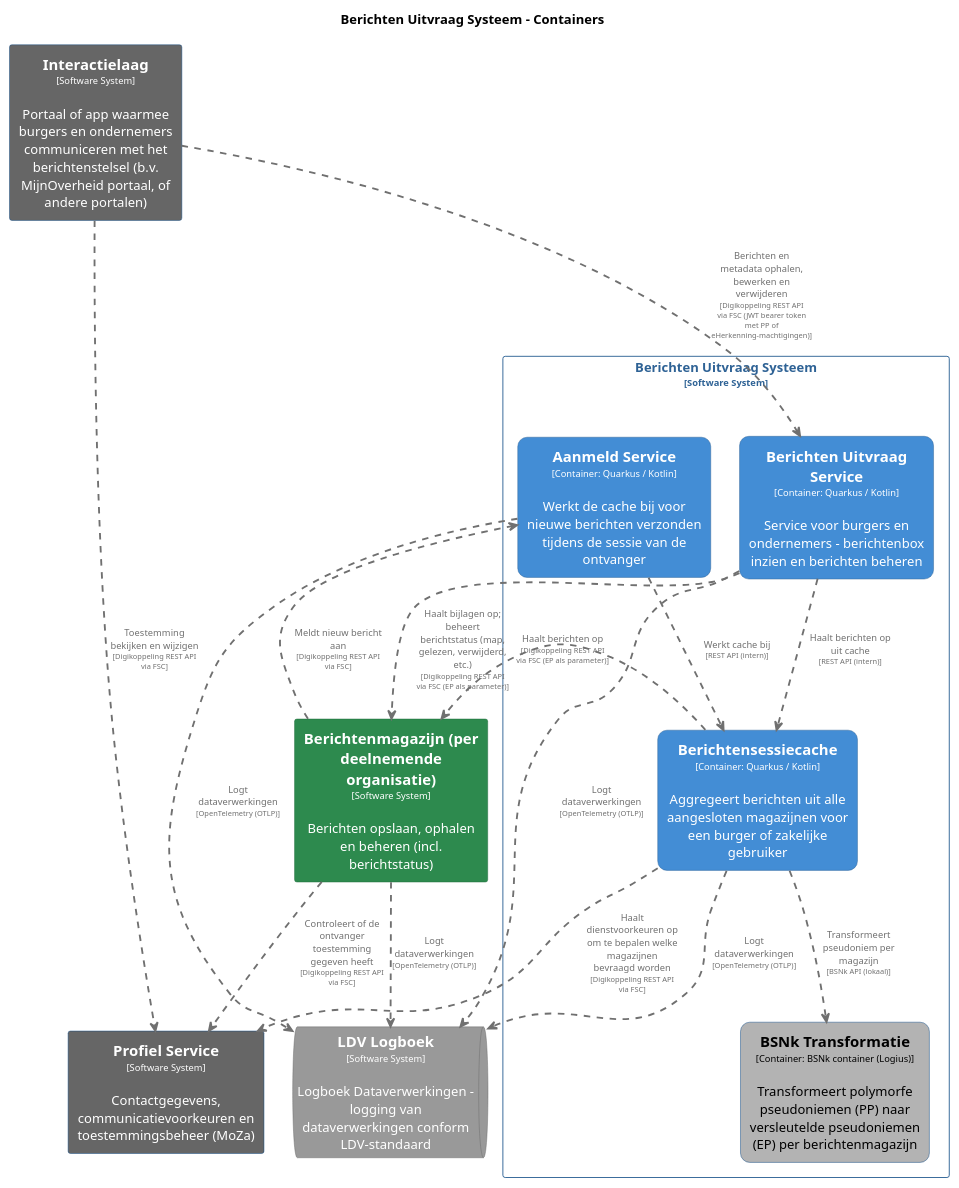
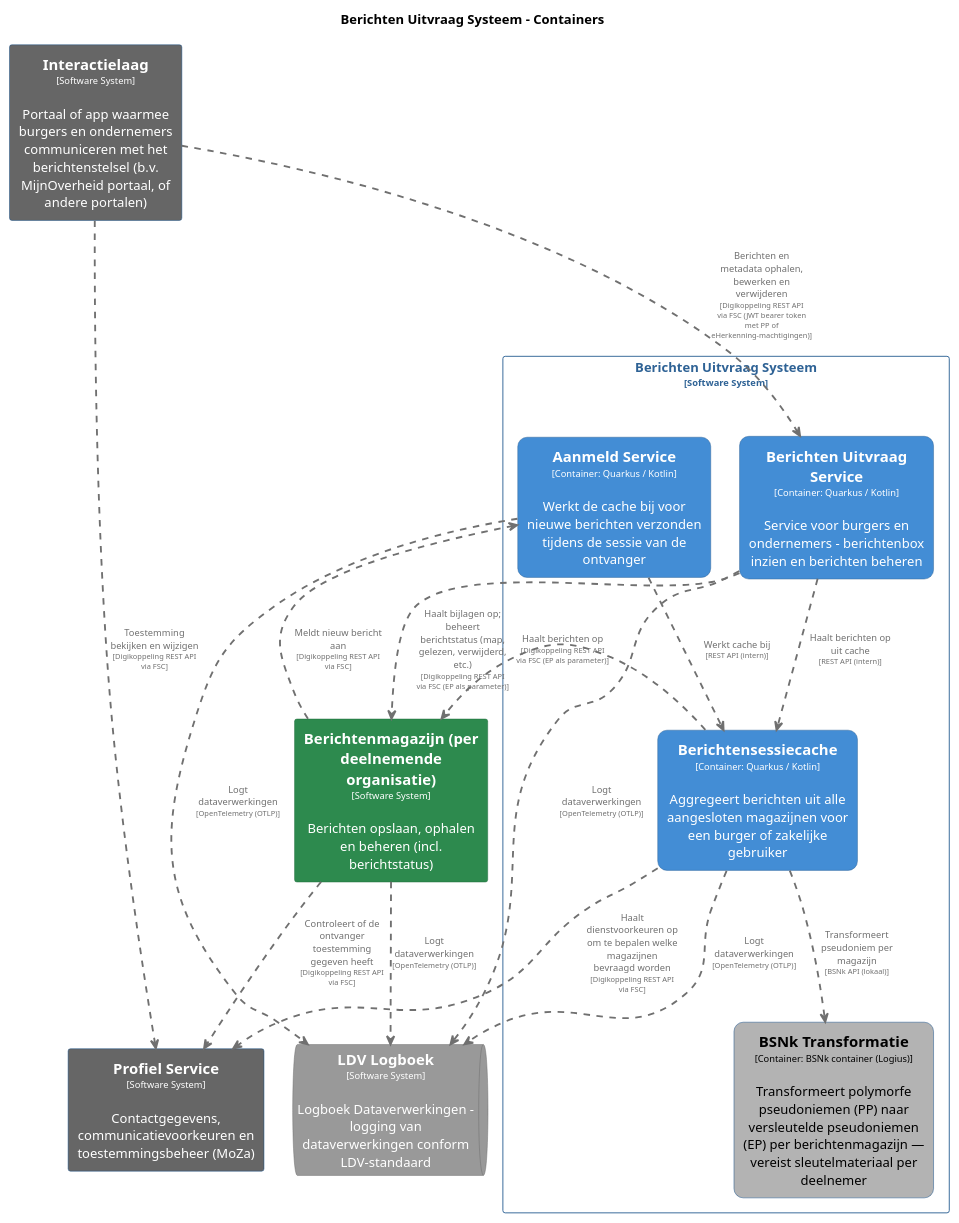
One commit to MinBZK/moza-poc-fbs-berichtenbox changed the diagram in pr-preview/pr-22/master/puml/BerichtenUitvraagSysteemContainers.puml. Above: the diagram before and after it, drawn with PlantUML. The commit also changed 17 other files, not shown here.

```diff
--- a/pr-preview/pr-22/master/puml/BerichtenUitvraagSysteemContainers.puml
+++ b/pr-preview/pr-22/master/puml/BerichtenUitvraagSysteemContainers.puml
@@ -1,102 +1,102 @@
 @startuml
 set separator none
 title Berichten Uitvraag Systeem - Containers
 
 top to bottom direction
 skinparam ranksep 60
 skinparam nodesep 30
 
 skinparam {
   arrowFontSize 10
   defaultTextAlignment center
   wrapWidth 200
   maxMessageSize 100
 }
 
 hide stereotype
 
 skinparam rectangle<<BerichtenUitvraagSysteem.AanmeldService>> {
   BackgroundColor #438dd5
   FontColor #ffffff
   BorderColor #2e6295
   roundCorner 20
   shadowing false
 }
 skinparam rectangle<<BerichtenUitvraagSysteem.BSNkTransformatie>> {
   BackgroundColor #b3b3b3
   FontColor #000000
   BorderColor #0b4884
   roundCorner 20
   shadowing false
 }
 skinparam rectangle<<BerichtenUitvraagSysteem.BerichtenUitvraagService>> {
   BackgroundColor #438dd5
   FontColor #ffffff
   BorderColor #2e6295
   roundCorner 20
   shadowing false
 }
 skinparam rectangle<<Berichtenmagazijnperdeelnemendeorganisatie>> {
   BackgroundColor #2d8a4e
   FontColor #ffffff
   BorderColor #1e6b38
   shadowing false
 }
 skinparam rectangle<<BerichtenUitvraagSysteem.Berichtensessiecache>> {
   BackgroundColor #438dd5
   FontColor #ffffff
   BorderColor #2e6295
   roundCorner 20
   shadowing false
 }
 skinparam rectangle<<Interactielaag>> {
   BackgroundColor #666666
   FontColor #ffffff
   BorderColor #0b4884
   shadowing false
 }
 skinparam queue<<LDVLogboek>> {
   BackgroundColor #999999
   FontColor #ffffff
   BorderColor #6b6b6b
   shadowing false
 }
 skinparam rectangle<<ProfielService>> {
   BackgroundColor #666666
   FontColor #ffffff
   BorderColor #0b4884
   shadowing false
 }
 skinparam rectangle<<BerichtenUitvraagSysteem>> {
   BorderColor #2e6295
   FontColor #2e6295
   shadowing false
 }
 
 rectangle "==Profiel Service\n<size:10>[Software System]</size>\n\nContactgegevens, communicatievoorkeuren en toestemmingsbeheer (MoZa)" <<ProfielService>> as ProfielService
 rectangle "==Interactielaag\n<size:10>[Software System]</size>\n\nPortaal of app waarmee burgers en ondernemers communiceren met het berichtenstelsel (b.v. MijnOverheid portaal, of andere portalen)" <<Interactielaag>> as Interactielaag
 rectangle "==Berichtenmagazijn (per deelnemende organisatie)\n<size:10>[Software System]</size>\n\nBerichten opslaan, ophalen en beheren (incl. berichtstatus)" <<Berichtenmagazijnperdeelnemendeorganisatie>> as Berichtenmagazijnperdeelnemendeorganisatie
 queue "==LDV Logboek\n<size:10>[Software System]</size>\n\nLogboek Dataverwerkingen - logging van dataverwerkingen conform LDV-standaard" <<LDVLogboek>> as LDVLogboek
 
 rectangle "Berichten Uitvraag Systeem\n<size:10>[Software System]</size>" <<BerichtenUitvraagSysteem>> {
   rectangle "==Berichtensessiecache\n<size:10>[Container: Quarkus / Kotlin]</size>\n\nAggregeert berichten uit alle aangesloten magazijnen voor een burger of zakelijke gebruiker" <<BerichtenUitvraagSysteem.Berichtensessiecache>> as BerichtenUitvraagSysteem.Berichtensessiecache
   rectangle "==Berichten Uitvraag Service\n<size:10>[Container: Quarkus / Kotlin]</size>\n\nService voor burgers en ondernemers - berichtenbox inzien en berichten beheren" <<BerichtenUitvraagSysteem.BerichtenUitvraagService>> as BerichtenUitvraagSysteem.BerichtenUitvraagService
-  rectangle "==BSNk Transformatie\n<size:10>[Container: BSNk container (Logius)]</size>\n\nTransformeert polymorfe pseudoniemen (PP) naar versleutelde pseudoniemen (EP) per berichtenmagazijn" <<BerichtenUitvraagSysteem.BSNkTransformatie>> as BerichtenUitvraagSysteem.BSNkTransformatie
+  rectangle "==BSNk Transformatie\n<size:10>[Container: BSNk container (Logius)]</size>\n\nTransformeert polymorfe pseudoniemen (PP) naar versleutelde pseudoniemen (EP) per berichtenmagazijn — vereist sleutelmateriaal per deelnemer" <<BerichtenUitvraagSysteem.BSNkTransformatie>> as BerichtenUitvraagSysteem.BSNkTransformatie
   rectangle "==Aanmeld Service\n<size:10>[Container: Quarkus / Kotlin]</size>\n\nWerkt de cache bij voor nieuwe berichten verzonden tijdens de sessie van de ontvanger" <<BerichtenUitvraagSysteem.AanmeldService>> as BerichtenUitvraagSysteem.AanmeldService
 }
 
 BerichtenUitvraagSysteem.Berichtensessiecache .[#707070,thickness=2].> ProfielService : "<color:#707070>Haalt dienstvoorkeuren op om te bepalen welke magazijnen bevraagd worden\n<color:#707070><size:8>[Digikoppeling REST API via FSC]</size>"
 BerichtenUitvraagSysteem.Berichtensessiecache .[#707070,thickness=2].> Berichtenmagazijnperdeelnemendeorganisatie : "<color:#707070>Haalt berichten op\n<color:#707070><size:8>[Digikoppeling REST API via FSC (EP als parameter)]</size>"
 Berichtenmagazijnperdeelnemendeorganisatie .[#707070,thickness=2].> LDVLogboek : "<color:#707070>Logt dataverwerkingen\n<color:#707070><size:8>[OpenTelemetry (OTLP)]</size>"
 BerichtenUitvraagSysteem.Berichtensessiecache .[#707070,thickness=2].> LDVLogboek : "<color:#707070>Logt dataverwerkingen\n<color:#707070><size:8>[OpenTelemetry (OTLP)]</size>"
 BerichtenUitvraagSysteem.BerichtenUitvraagService .[#707070,thickness=2].> LDVLogboek : "<color:#707070>Logt dataverwerkingen\n<color:#707070><size:8>[OpenTelemetry (OTLP)]</size>"
 BerichtenUitvraagSysteem.AanmeldService .[#707070,thickness=2].> LDVLogboek : "<color:#707070>Logt dataverwerkingen\n<color:#707070><size:8>[OpenTelemetry (OTLP)]</size>"
 BerichtenUitvraagSysteem.Berichtensessiecache .[#707070,thickness=2].> BerichtenUitvraagSysteem.BSNkTransformatie : "<color:#707070>Transformeert pseudoniem per magazijn\n<color:#707070><size:8>[BSNk API (lokaal)]</size>"
 BerichtenUitvraagSysteem.AanmeldService .[#707070,thickness=2].> BerichtenUitvraagSysteem.Berichtensessiecache : "<color:#707070>Werkt cache bij\n<color:#707070><size:8>[REST API (intern)]</size>"
 BerichtenUitvraagSysteem.BerichtenUitvraagService .[#707070,thickness=2].> BerichtenUitvraagSysteem.Berichtensessiecache : "<color:#707070>Haalt berichten op uit cache\n<color:#707070><size:8>[REST API (intern)]</size>"
 Interactielaag .[#707070,thickness=2].> BerichtenUitvraagSysteem.BerichtenUitvraagService : "<color:#707070>Berichten en metadata ophalen, bewerken en verwijderen\n<color:#707070><size:8>[Digikoppeling REST API via FSC (JWT bearer token met PP of eHerkenning-machtigingen)]</size>"
 Interactielaag .[#707070,thickness=2].> ProfielService : "<color:#707070>Toestemming bekijken en wijzigen\n<color:#707070><size:8>[Digikoppeling REST API via FSC]</size>"
 BerichtenUitvraagSysteem.BerichtenUitvraagService .[#707070,thickness=2].> Berichtenmagazijnperdeelnemendeorganisatie : "<color:#707070>Haalt bijlagen op; beheert berichtstatus (map, gelezen, verwijderd, etc.)\n<color:#707070><size:8>[Digikoppeling REST API via FSC (EP als parameter)]</size>"
 Berichtenmagazijnperdeelnemendeorganisatie .[#707070,thickness=2].> BerichtenUitvraagSysteem.AanmeldService : "<color:#707070>Meldt nieuw bericht aan\n<color:#707070><size:8>[Digikoppeling REST API via FSC]</size>"
 Berichtenmagazijnperdeelnemendeorganisatie .[#707070,thickness=2].> ProfielService : "<color:#707070>Controleert of de ontvanger toestemming gegeven heeft\n<color:#707070><size:8>[Digikoppeling REST API via FSC]</size>"
 @enduml
```
